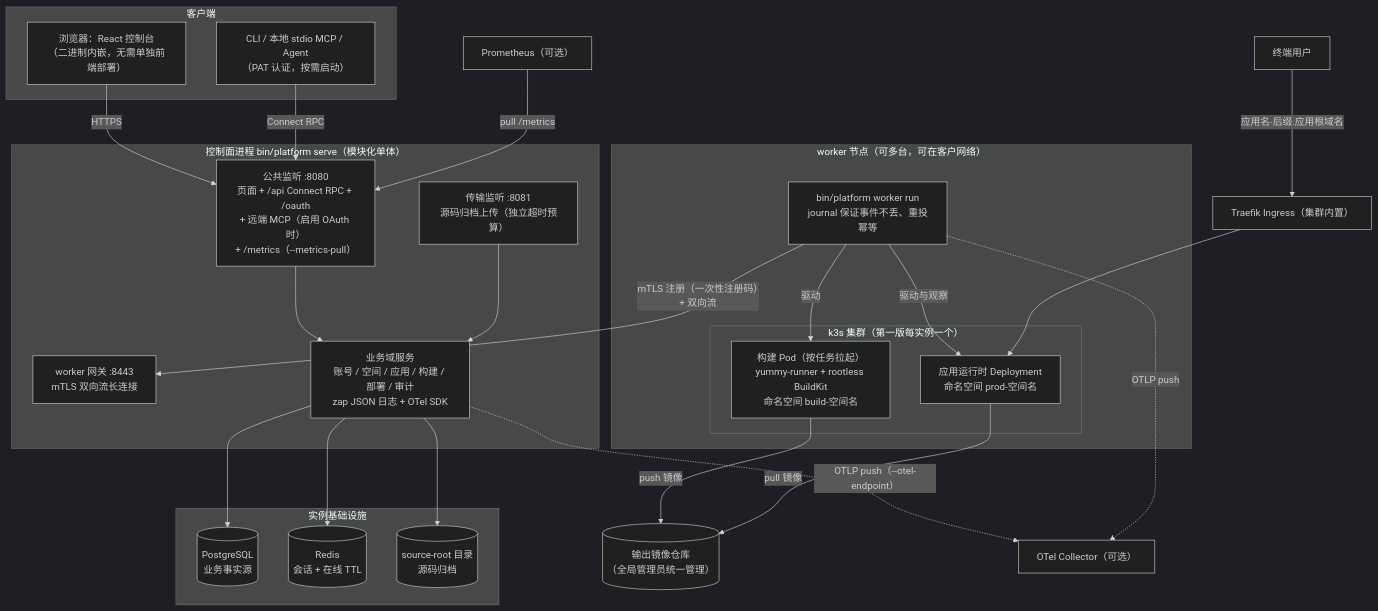
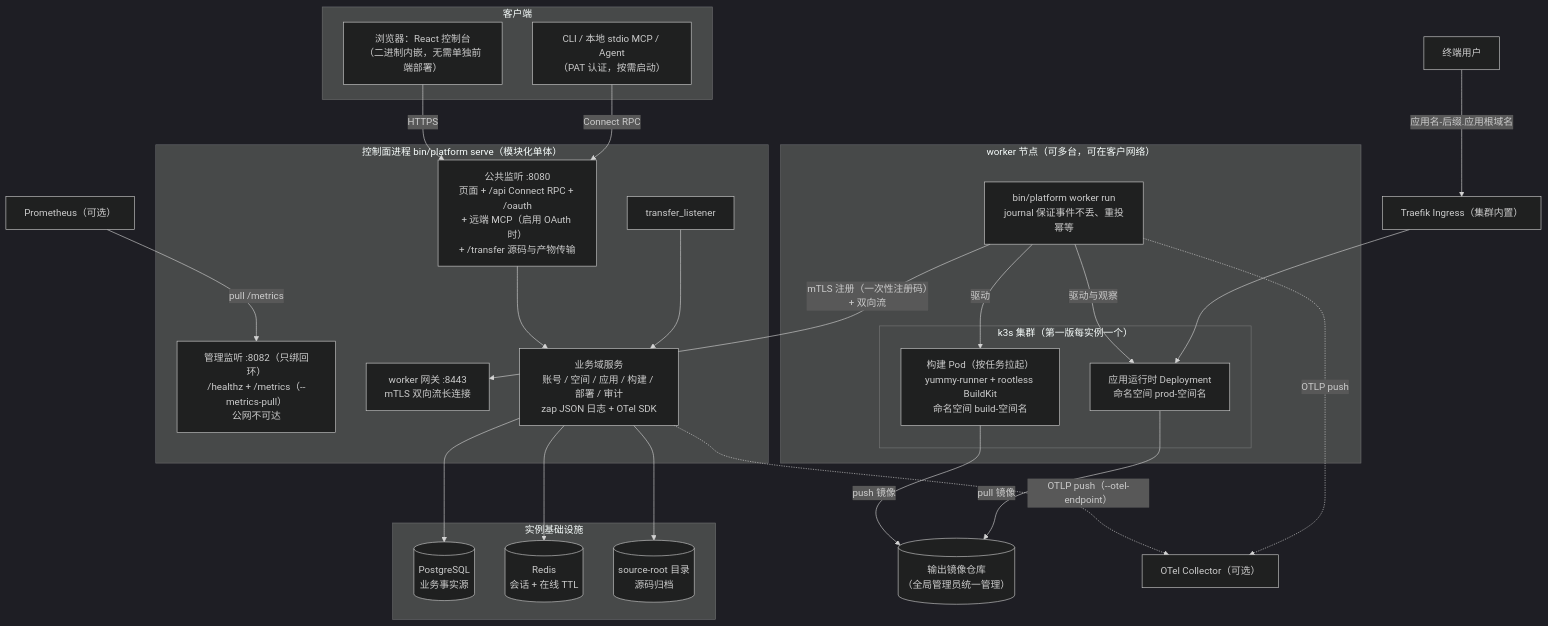
One commit to sunshanpeng/yummy changed the first of 2 diagrams in docs/architecture.md. Above: the diagram before and after it, drawn with Mermaid (dark theme). The commit also changed other lines of this file and 9 other files, not shown here.

First line of the commit message:
refactor: 管理端点与业务端口分离——healthz/metrics 独立管理监听，transfer 并回业务端口

````diff
--- a/docs/architecture.md
+++ b/docs/architecture.md
@@ -7,51 +7,51 @@
 ```mermaid
 flowchart TB
     subgraph clients["客户端"]
         browser["浏览器：React 控制台<br/>（二进制内嵌，无需单独前端部署）"]
         agent["CLI / 本地 stdio MCP / Agent<br/>（PAT 认证，按需启动）"]
     end
 
     subgraph control["控制面进程 bin/platform serve（模块化单体）"]
-        public_listener["公共监听 :8080<br/>页面 + /api Connect RPC + /oauth<br/>+ 远端 MCP（启用 OAuth 时）<br/>+ /metrics（--metrics-pull）"]
-        transfer_listener["传输监听 :8081<br/>源码归档上传（独立超时预算）"]
+        public_listener["公共监听 :8080<br/>页面 + /api Connect RPC + /oauth<br/>+ 远端 MCP（启用 OAuth 时）<br/>+ /transfer 源码与产物传输"]
+        admin_listener["管理监听 :8082（只绑回环）<br/>/healthz + /metrics（--metrics-pull）<br/>公网不可达"]
         worker_listener["worker 网关 :8443<br/>mTLS 双向流长连接"]
         services["业务域服务<br/>账号 / 空间 / 应用 / 构建 / 部署 / 审计<br/>zap JSON 日志 + OTel SDK"]
         public_listener --> services
         transfer_listener --> services
     end
 
     subgraph instance_infra["实例基础设施"]
         pg[("PostgreSQL<br/>业务事实源")]
         redis[("Redis<br/>会话 + 在线 TTL")]
         sourcedir[("source-root 目录<br/>源码归档")]
     end
 
     subgraph worker_node["worker 节点（可多台，可在客户网络）"]
         workerproc["bin/platform worker run<br/>journal 保证事件不丢、重投幂等"]
         subgraph k3s["k3s 集群（第一版每实例一个）"]
             buildpod["构建 Pod（按任务拉起）<br/>yummy-runner + rootless BuildKit<br/>命名空间 build-空间名"]
             apprt["应用运行时 Deployment<br/>命名空间 prod-空间名"]
         end
     end
 
     registry[("输出镜像仓库<br/>（全局管理员统一管理）")]
     traefik["Traefik Ingress（集群内置）"]
     collector["OTel Collector（可选）"]
     prometheus["Prometheus（可选）"]
 
     browser -->|"HTTPS"| public_listener
     agent -->|"Connect RPC"| public_listener
     services --> pg
     services --> redis
     services --> sourcedir
     workerproc -->|"mTLS 注册（一次性注册码）+ 双向流"| worker_listener
     workerproc -->|"驱动"| buildpod
     workerproc -->|"驱动与观察"| apprt
     buildpod -->|"push 镜像"| registry
     apprt -->|"pull 镜像"| registry
     visitors["终端用户"] -->|"应用名-后缀.应用根域名"| traefik
     traefik --> apprt
-    prometheus -->|"pull /metrics"| public_listener
+    prometheus -->|"pull /metrics"| admin_listener
     services -.->|"OTLP push（--otel-endpoint）"| collector
     workerproc -.->|"OTLP push"| collector
 ```
````
